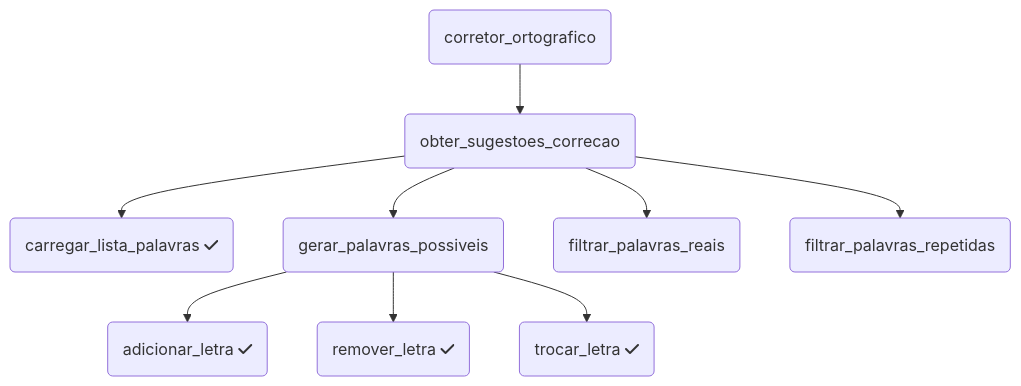
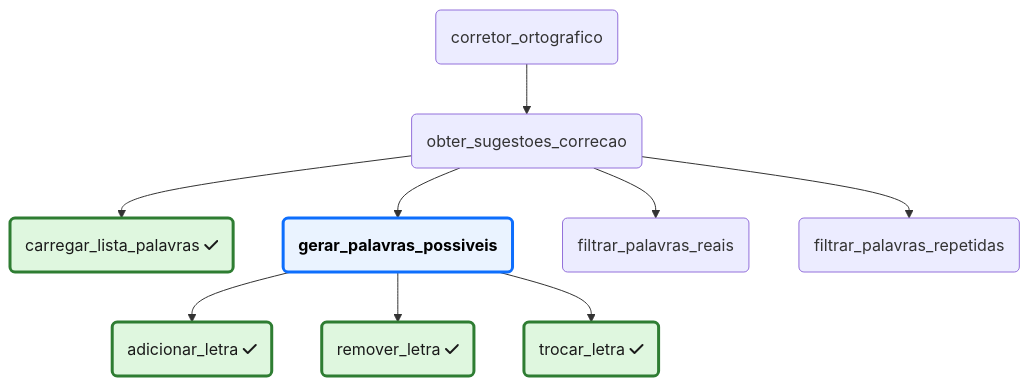
One commit to ufla-pasia/pasia-slides changed the eighth of 11 diagrams in aula_t4.qmd. Above: the diagram before and after it, drawn with Mermaid. The commit also changed other lines of this file and 2 other files, not shown here.

Commit message:
t4: melhorias diagramas e outros

````diff
--- a/aula_t4.qmd
+++ b/aula_t4.qmd
@@ -802,11 +836,20 @@
 ```{mermaid}
 flowchart TD
   A(corretor_ortografico) --> B(obter_sugestoes_correcao)
   B --> C1(carregar_lista_palavras fa:fa-check)
   B --> C2(gerar_palavras_possiveis)
   C2 --> D1(adicionar_letra fa:fa-check)
   C2 --> D2(remover_letra fa:fa-check)
   C2 --> D3(trocar_letra fa:fa-check)
   B --> C3(filtrar_palavras_reais)
   B --> C4(filtrar_palavras_repetidas)
+
+  classDef Concluido fill:#dff7df,stroke:#2e7d32,stroke-width:3px,color:#1a1a1a;
+  class C1 Concluido;
+  class D1 Concluido;
+  class D2 Concluido;
+  class D3 Concluido;
+
+  classDef Foco fill:#eaf3ff,stroke:#0d6efd,stroke-width:3px,color:#000,font-weight:bold
+  class C2 Foco;
 ```
````
